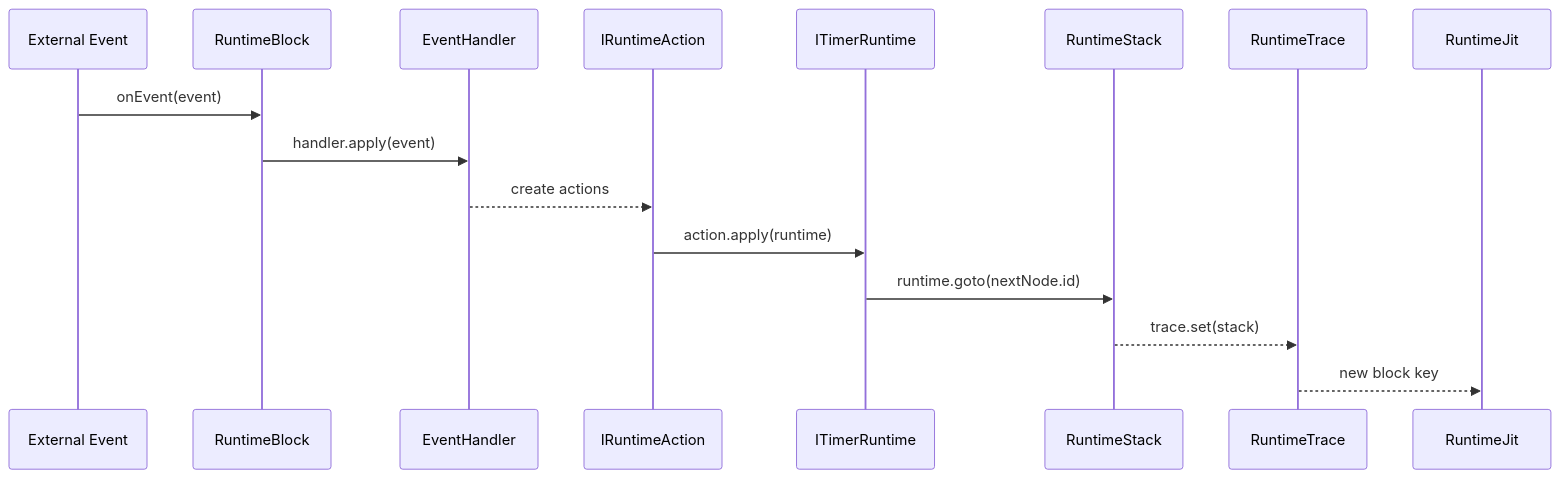
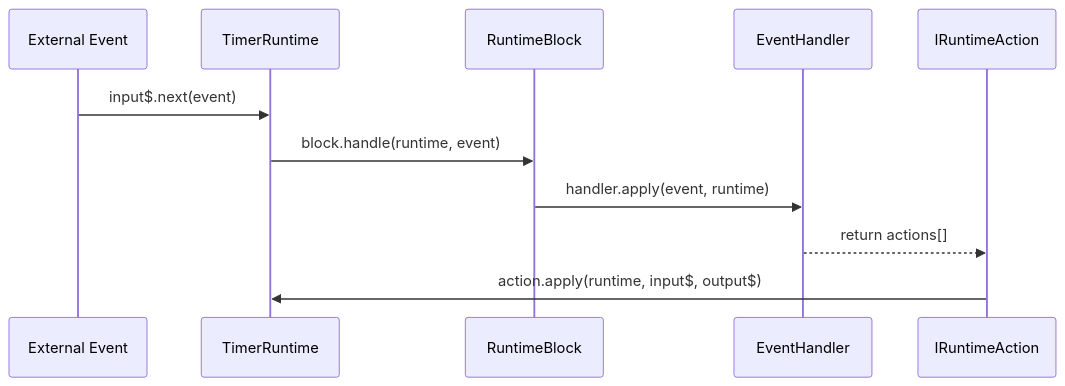
Before and after one commit to SergeiGolos/wod-wiki: the third of 3 diagrams in docs/Notes/RuntimeFlow.md, drawn with Mermaid. The commit also changed other lines of this file and 32 other files, not shown here.

Commit message:
trace/stack walker

````diff
--- a/docs/Notes/RuntimeFlow.md
+++ b/docs/Notes/RuntimeFlow.md
@@ -33,19 +65,15 @@
 ```mermaid
 sequenceDiagram
   participant U as External Event
+  participant RT as TimerRuntime
   participant BLK as RuntimeBlock
   participant HND as EventHandler
   participant ACT as IRuntimeAction
-  participant IT as ITimerRuntime
-  participant RST as RuntimeStack
-  participant TRC as RuntimeTrace
-  participant JIT as RuntimeJit
 
-  U->>BLK: onEvent(event)
-  BLK->>HND: handler.apply(event)
-  HND-->>ACT: create actions
-  ACT->>IT: action.apply(runtime)
-  IT->>RST: runtime.goto(nextNode.id)
-  RST-->>TRC: trace.set(stack)
-  TRC-->>JIT: new block key
-```  
+
+  U->>RT: input$.next(event)
+  RT->>BLK: block.handle(runtime, event)
+  BLK->>HND: handler.apply(event, runtime)
+  HND-->>ACT: return actions[]
+  ACT->>RT: action.apply(runtime, input$, output$)  
+```
````
